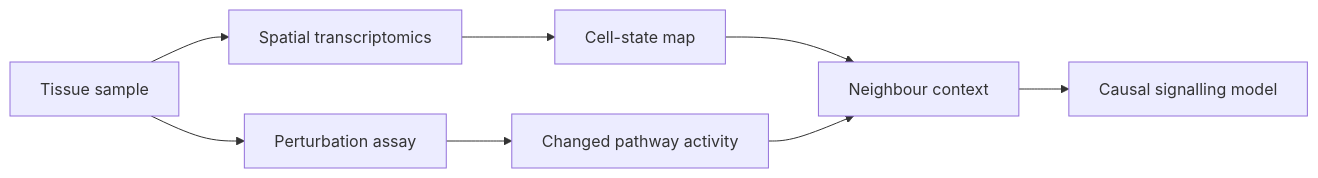
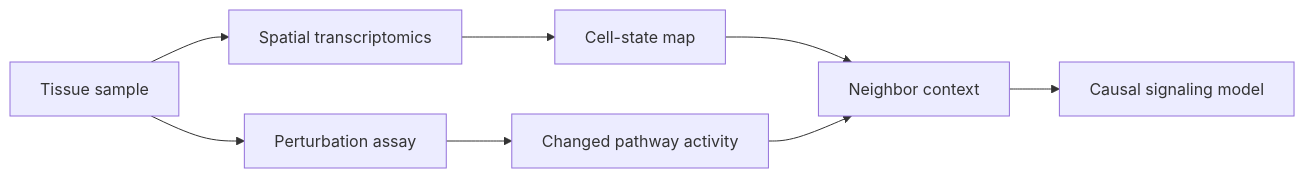
Before and after one commit to docxology/biology_textbook: the fifth of 5 diagrams in manuscript/unit_II/cell_signaling.md, drawn with Mermaid. The commit also changed other lines of this file and 247 other files, not shown here.

````diff
--- a/manuscript/unit_II/cell_signaling.md
+++ b/manuscript/unit_II/cell_signaling.md
@@ -870,10 +883,10 @@
 ```mermaid
 flowchart LR
     A["Tissue sample"] --> B["Spatial transcriptomics"]
     A --> C["Perturbation assay"]
     B --> D["Cell-state map"]
     C --> E["Changed pathway activity"]
-    D --> F["Neighbour context"]
+    D --> F["Neighbor context"]
     E --> F
-    F --> G["Causal signalling model"]
+    F --> G["Causal signaling model"]
 ```
````
